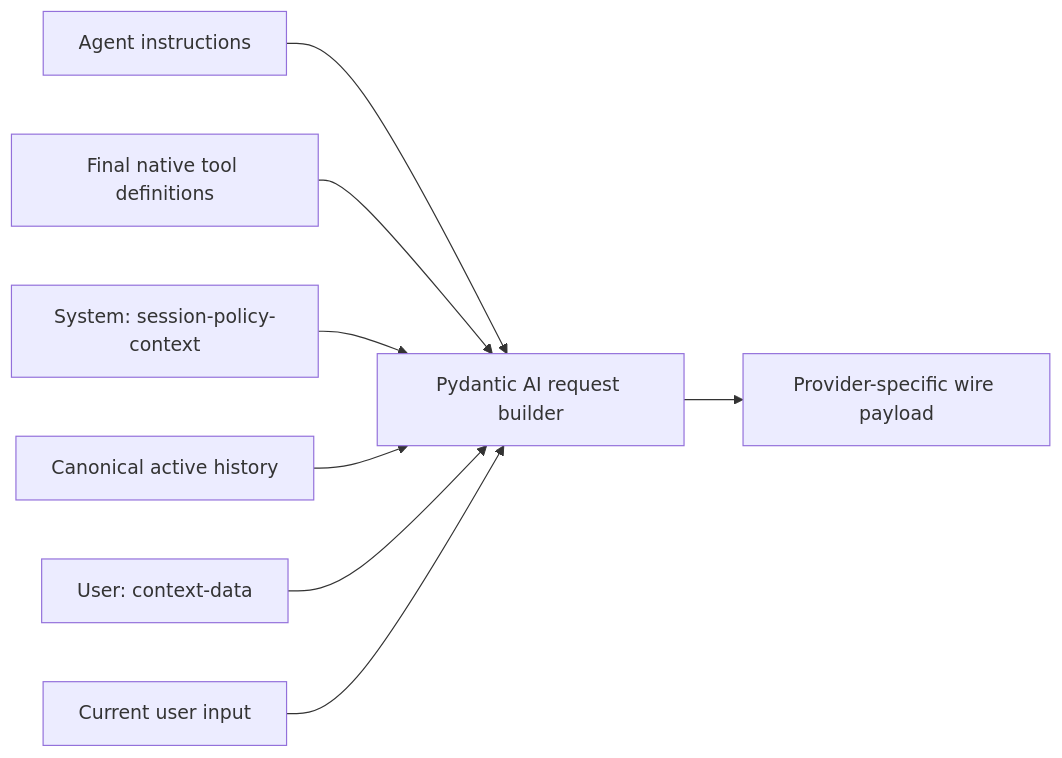
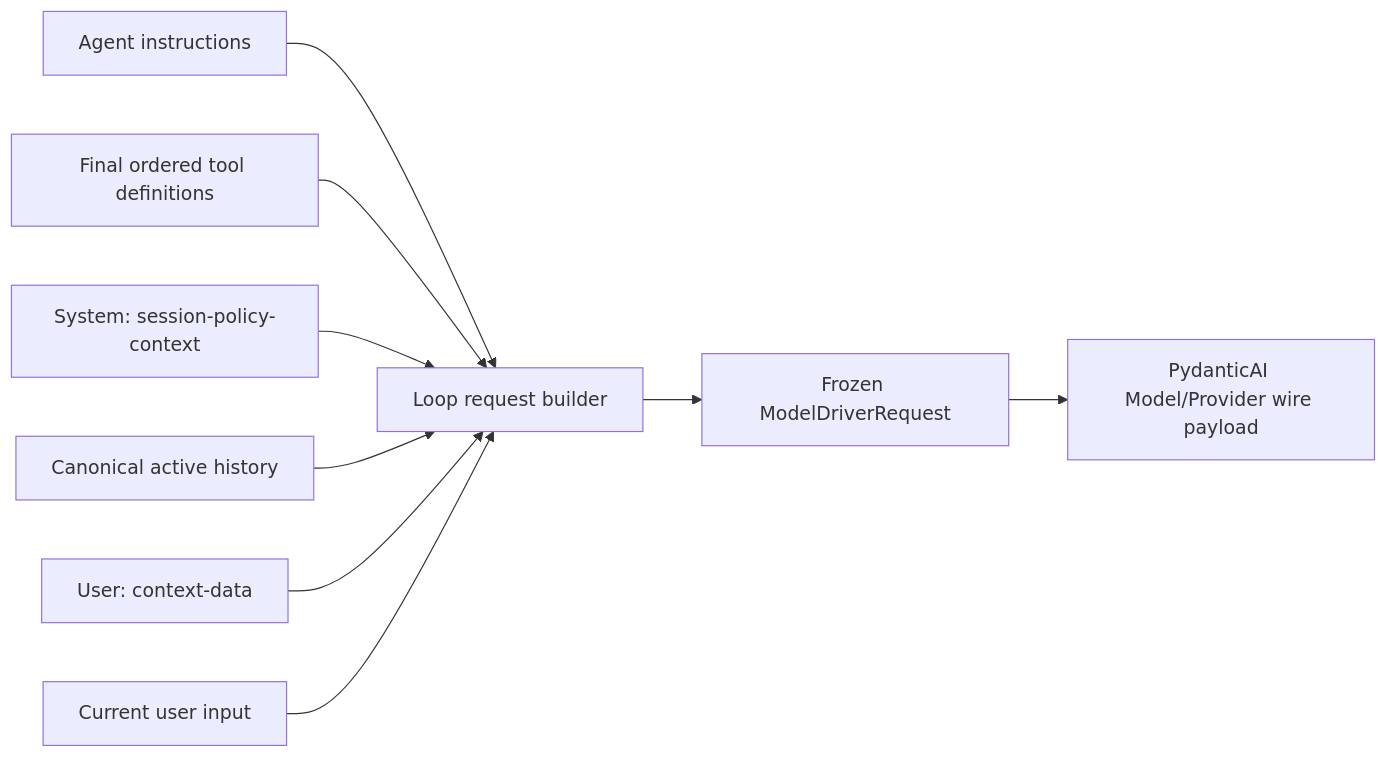
One commit to JasonYZzz/lumen changed the first of 2 diagrams in docs/architecture-guide/03-context-and-memory.md. Above: the diagram before and after it, drawn with Mermaid. The commit also changed other lines of this file and 279 other files, not shown here.

````diff
--- a/docs/architecture-guide/03-context-and-memory.md
+++ b/docs/architecture-guide/03-context-and-memory.md
@@ -31,10 +31,12 @@
 ```mermaid
 flowchart LR
-  I["Agent instructions"] --> P["Pydantic AI request builder"]
-  T["Final native tool definitions"] --> P
+  I["Agent instructions"] --> P["Loop request builder"]
+  T["Final ordered tool definitions"] --> P
   SP["System: session-policy-context"] --> P
   H["Canonical active history"] --> P
   UD["User: context-data"] --> P
   U["Current user input"] --> P
-  P --> W["Provider-specific wire payload"]
+  P --> D["Frozen ModelDriverRequest"]
+  D --> W
+  W["PydanticAI Model/Provider wire payload"]
 ```
````
